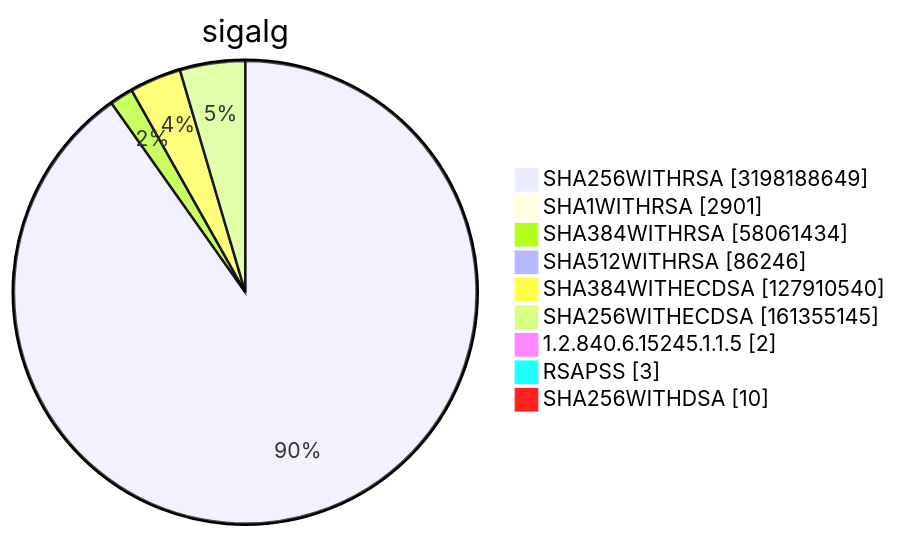
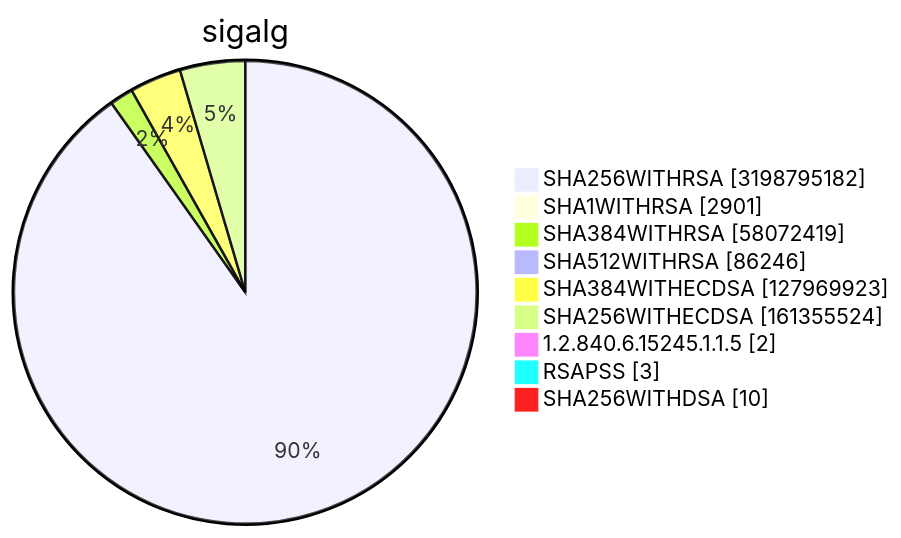
Before and after one commit to christiankrug/ctmonitor_visualization: diagram 15 of 15 in TOTAL/README.md, drawn with Mermaid. The commit also changed other lines of this file, not shown here.

````diff
--- a/TOTAL/README.md
+++ b/TOTAL/README.md
@@ -6216,13 +6216,13 @@
 ```mermaid
 pie showData
 title sigalg
-"SHA256WITHRSA" :3198188649
+"SHA256WITHRSA" :3198795182
 "SHA1WITHRSA" :2901
-"SHA384WITHRSA" :58061434
+"SHA384WITHRSA" :58072419
 "SHA512WITHRSA" :86246
-"SHA384WITHECDSA" :127910540
-"SHA256WITHECDSA" :161355145
+"SHA384WITHECDSA" :127969923
+"SHA256WITHECDSA" :161355524
 "1.2.840.6.15245.1.1.5" :2
 "RSAPSS" :3
 "SHA256WITHDSA" :10
 ```
````
